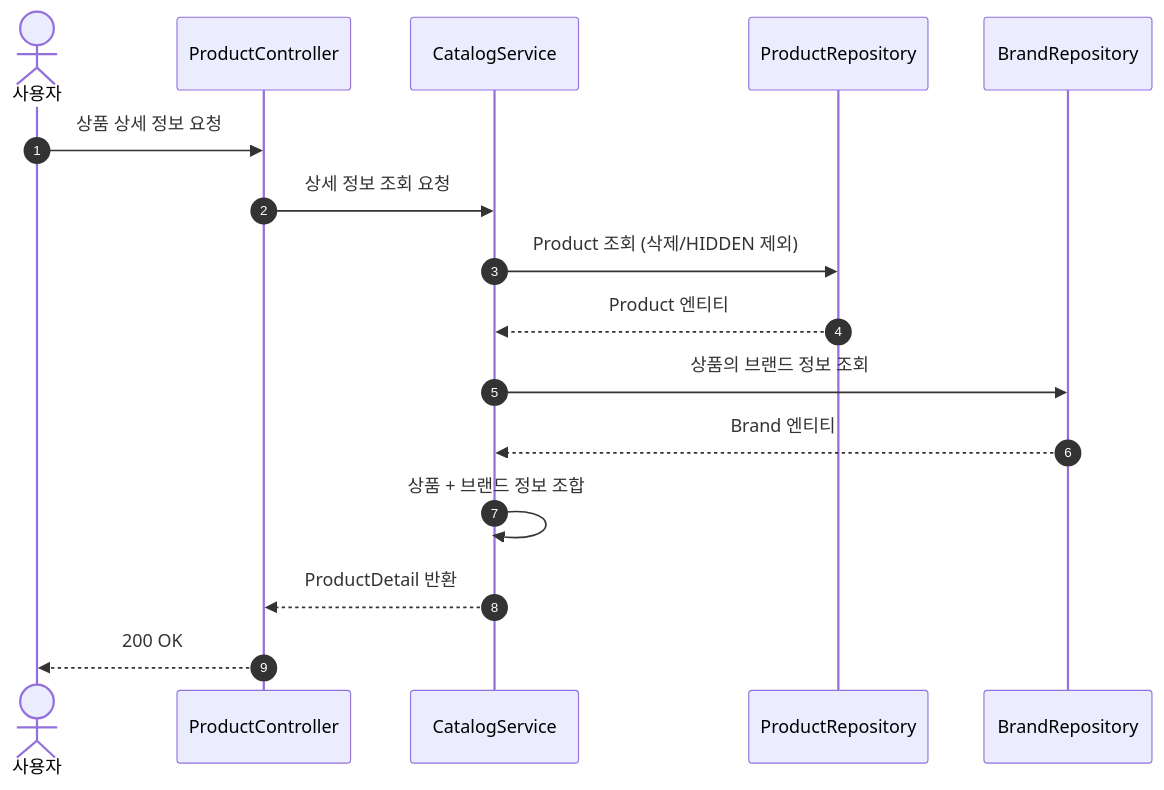
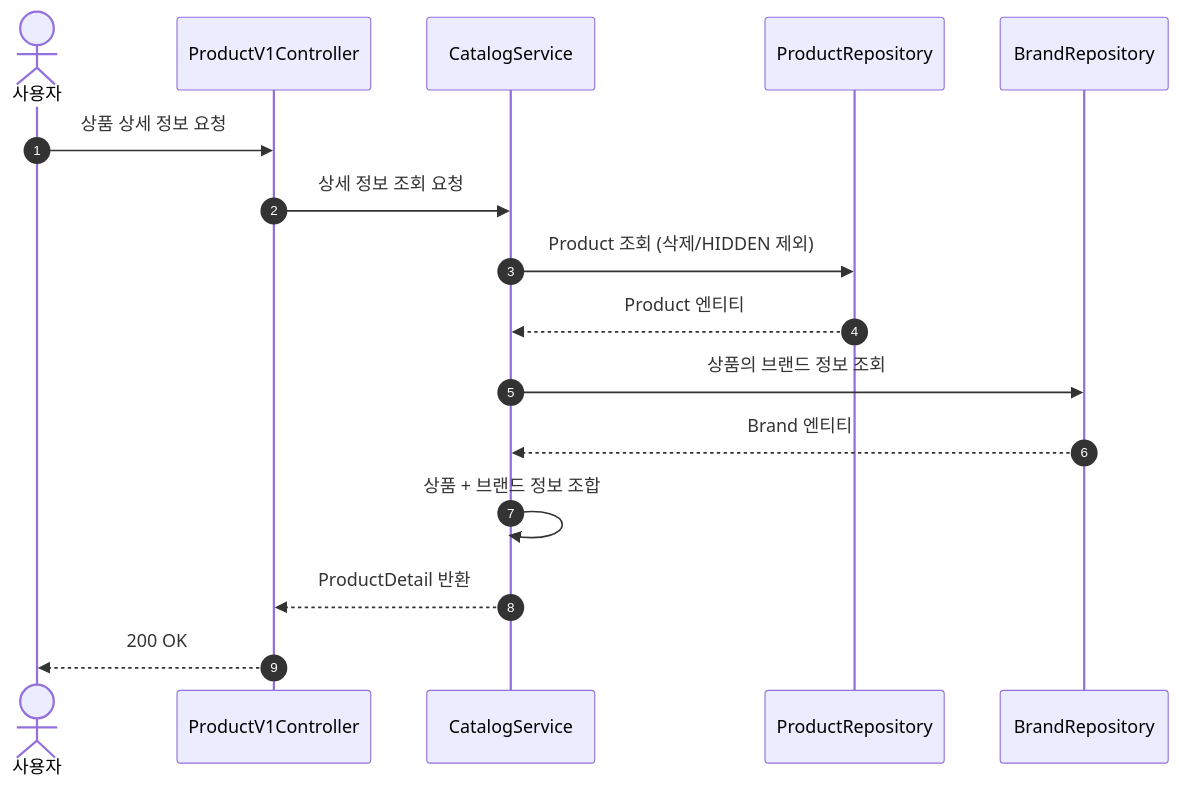
One commit to Loopers-dev-lab/loop-pack-be-l2-vol3-kotlin changed the third of 26 diagrams in docs/design/02-sequence-diagrams.md. Above: the diagram before and after it, drawn with Mermaid. The commit also changed other lines of this file and 7 other files, not shown here.

````diff
--- a/docs/design/02-sequence-diagrams.md
+++ b/docs/design/02-sequence-diagrams.md
@@ -77,18 +77,18 @@
 ```mermaid
 sequenceDiagram
     autonumber
     actor User as 사용자
-    participant C as ProductController
+    participant C as ProductV1Controller
     participant S as CatalogService
     participant PR as ProductRepository
     participant BR as BrandRepository
     User ->> C: 상품 상세 정보 요청
     C ->> S: 상세 정보 조회 요청
     S ->> PR: Product 조회 (삭제/HIDDEN 제외)
     PR -->> S: Product 엔티티
     S ->> BR: 상품의 브랜드 정보 조회
     BR -->> S: Brand 엔티티
     S ->> S: 상품 + 브랜드 정보 조합
     S -->> C: ProductDetail 반환
     C -->> User: 200 OK
 ```
````
